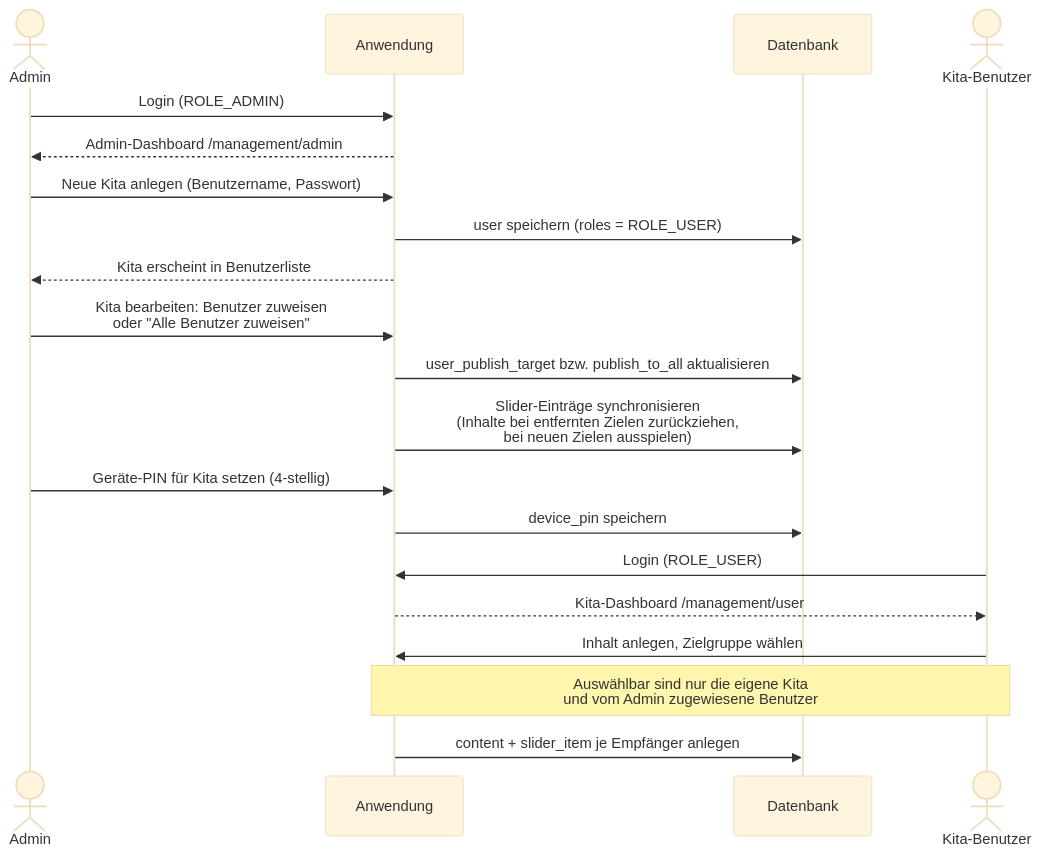
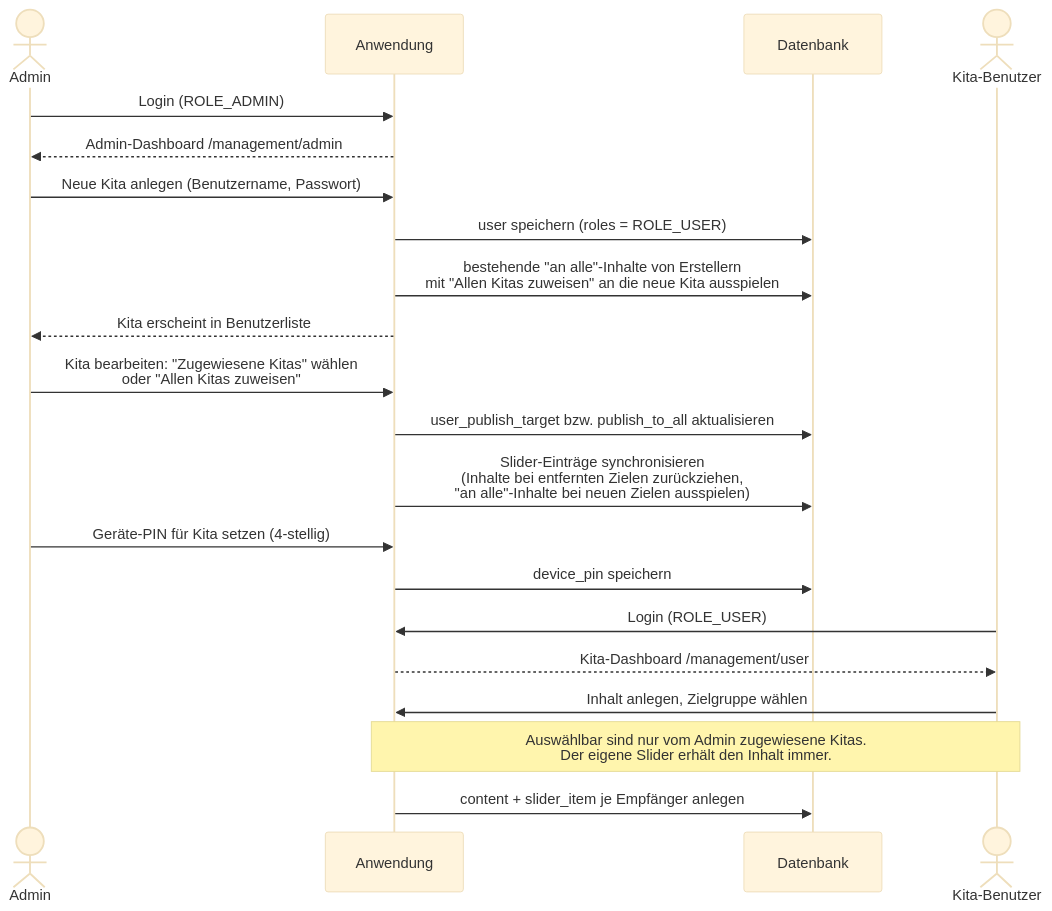
The second of 4 diagrams in docs/autorisierung-und-benutzerverwaltung.md (TimothyRoth/kitamanager), drawn with Mermaid (base theme) before and after one commit. The commit also changed other lines of this file and 67 other files, not shown here.

````diff
--- a/docs/autorisierung-und-benutzerverwaltung.md
+++ b/docs/autorisierung-und-benutzerverwaltung.md
@@ -54,27 +56,28 @@
 ```mermaid
 sequenceDiagram
     actor Admin
     participant App as Anwendung
     participant DB as Datenbank
     actor Kita as Kita-Benutzer
 
     Admin->>App: Login (ROLE_ADMIN)
     App-->>Admin: Admin-Dashboard /management/admin
 
     Admin->>App: Neue Kita anlegen (Benutzername, Passwort)
     App->>DB: user speichern (roles = ROLE_USER)
+    App->>DB: bestehende "an alle"-Inhalte von Erstellern<br/>mit "Allen Kitas zuweisen" an die neue Kita ausspielen
     App-->>Admin: Kita erscheint in Benutzerliste
 
-    Admin->>App: Kita bearbeiten: Benutzer zuweisen<br/>oder "Alle Benutzer zuweisen"
+    Admin->>App: Kita bearbeiten: "Zugewiesene Kitas" wählen<br/>oder "Allen Kitas zuweisen"
     App->>DB: user_publish_target bzw. publish_to_all aktualisieren
-    App->>DB: Slider-Einträge synchronisieren<br/>(Inhalte bei entfernten Zielen zurückziehen,<br/>bei neuen Zielen ausspielen)
+    App->>DB: Slider-Einträge synchronisieren<br/>(Inhalte bei entfernten Zielen zurückziehen,<br/>"an alle"-Inhalte bei neuen Zielen ausspielen)
 
     Admin->>App: Geräte-PIN für Kita setzen (4-stellig)
     App->>DB: device_pin speichern
 
     Kita->>App: Login (ROLE_USER)
     App-->>Kita: Kita-Dashboard /management/user
     Kita->>App: Inhalt anlegen, Zielgruppe wählen
-    Note over Kita,App: Auswählbar sind nur die eigene Kita<br/>und vom Admin zugewiesene Benutzer
+    Note over Kita,App: Auswählbar sind nur vom Admin zugewiesene Kitas.<br/>Der eigene Slider erhält den Inhalt immer.
     App->>DB: content + slider_item je Empfänger anlegen
 ```
````
